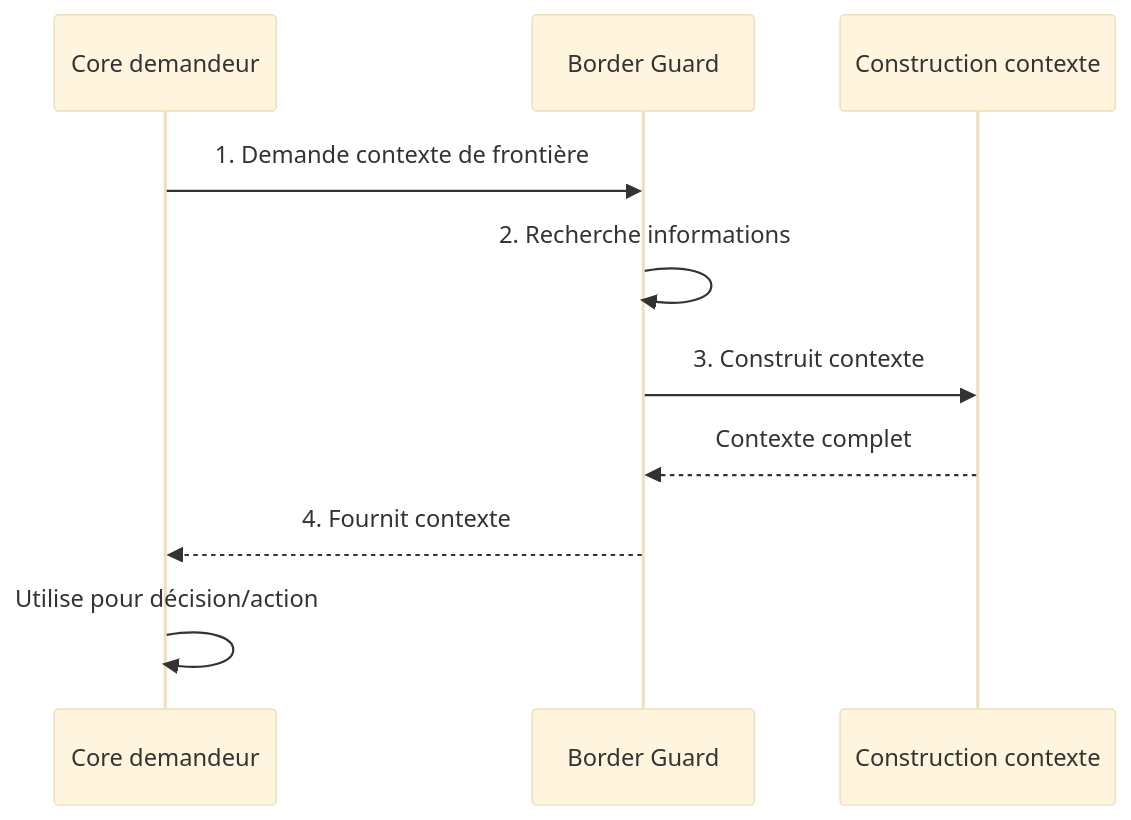
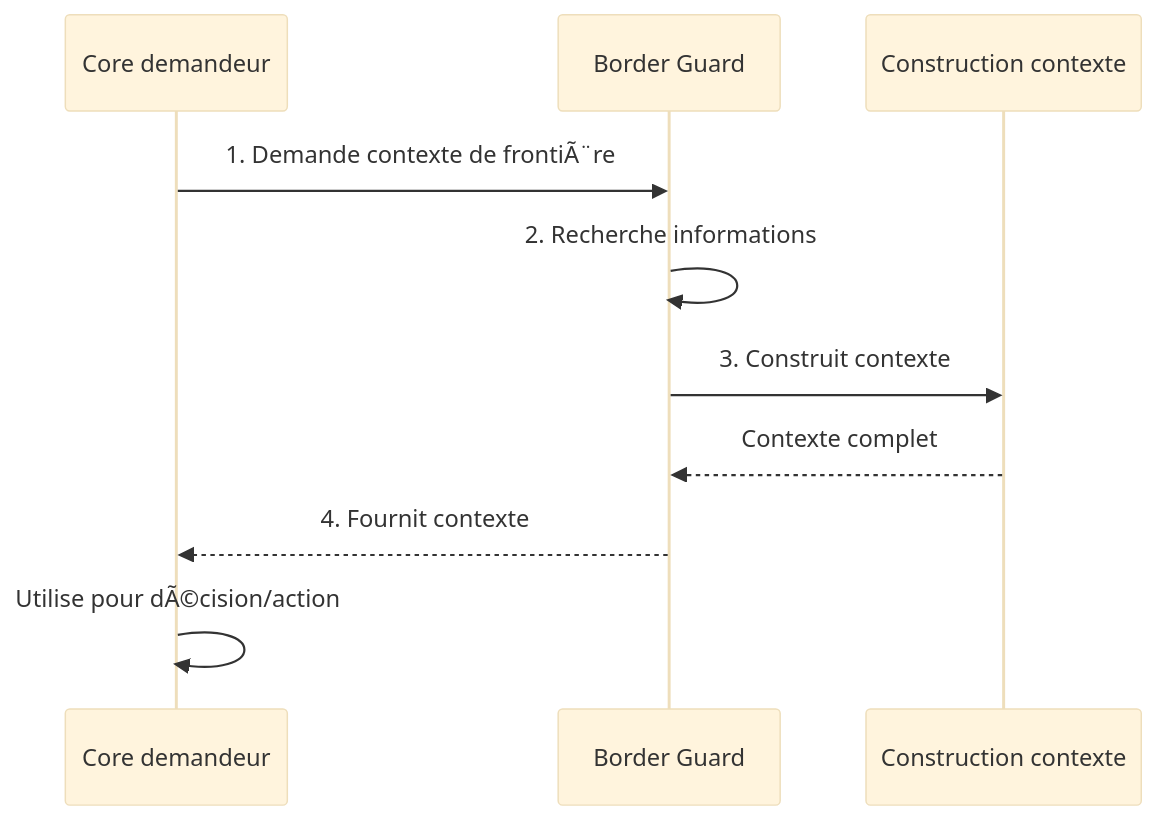
Before and after one commit to StudioMiyukini/miyukini_cog: the fifth of 5 diagrams in docs/cores/BorderGuard/architecture/Border Guard - Architecture & Flows.md, drawn with Mermaid (base theme). The commit also changed other lines of this file and 1287 other files, not shown here.

````diff
--- a/docs/cores/BorderGuard/architecture/Border Guard - Architecture & Flows.md
+++ b/docs/cores/BorderGuard/architecture/Border Guard - Architecture & Flows.md
@@ -417,13 +417,13 @@
 ```mermaid
 sequenceDiagram
     participant Core as Core demandeur
     participant BG as Border Guard
     participant Ctx as Construction contexte
 
-    Core->>BG: 1. Demande contexte de frontière
+    Core->>BG: 1. Demande contexte de frontiÃ¨re
     BG->>BG: 2. Recherche informations
     BG->>Ctx: 3. Construit contexte
     Ctx-->>BG: Contexte complet
     BG-->>Core: 4. Fournit contexte
-    Core->>Core: Utilise pour décision/action
+    Core->>Core: Utilise pour dÃ©cision/action
 ```
````
